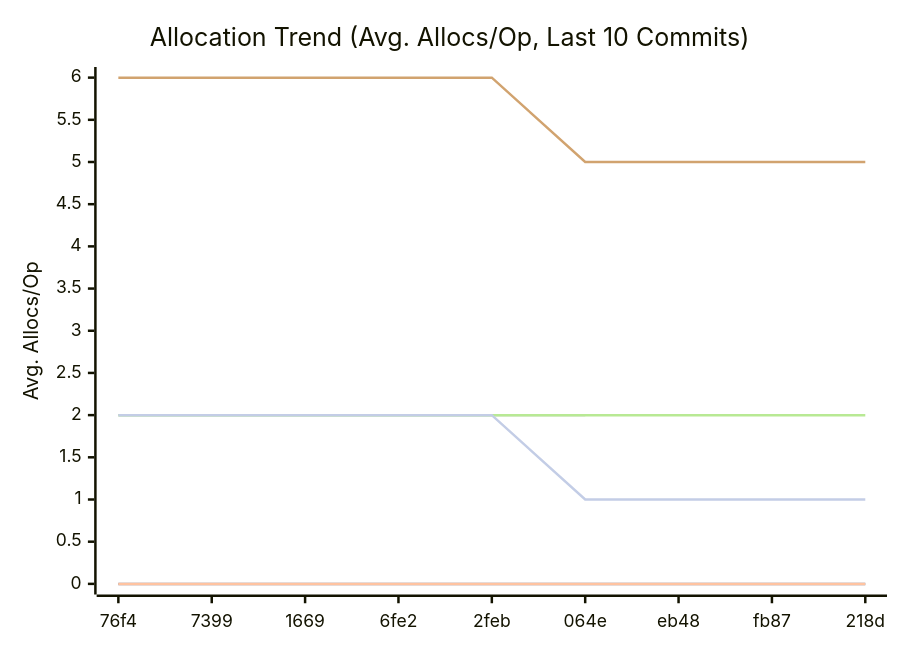
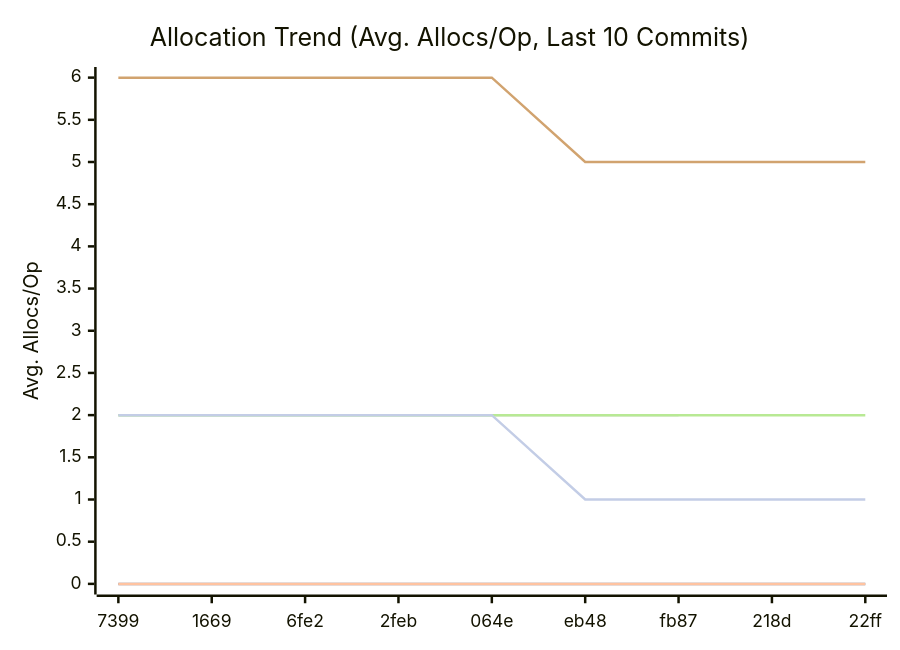
Before and after one commit to alsotoes/momo: the third of 3 diagrams in doc/README.md, drawn with Mermaid. The commit also changed other lines of this file and 1 other file, not shown here.

````diff
--- a/doc/README.md
+++ b/doc/README.md
@@ -326,14 +326,14 @@
 ```mermaid
 xychart-beta
     title "Allocation Trend (Avg. Allocs/Op, Last 10 Commits)"
     x-axis "Commit"
     y-axis "Avg. Allocs/Op"
-    x-axis [76f4,7399,1669,6fe2,2feb,064e,eb48,fb87,218d]
+    x-axis [7399,1669,6fe2,2feb,064e,eb48,fb87,218d,22ff]
     line "CheckMetricsAndSwap" [0,0,0,0,0,0,0,0,0,0]
     line "IndexDirectTracking" [0,0,0,0,0,0,0,0,0,0]
     line "IndexSearch" [0,0,0,0,0,0,0,0,0,0]
-    line "LoadGlobalConfig" [2,2,2,2,2,2]
+    line "LoadGlobalConfig" [2,2,2,2,2,2,2]
     line "PadString" [2,2,2,2,2,2,2,2,2,2]
     line "ParseReplicationOrder_NoPrealloc" [6,6,6,6,6,5,5,5,5,5]
     line "ParseReplicationOrder_Prealloc" [2,2,2,2,2,1,1,1,1,1]
 ```
````
